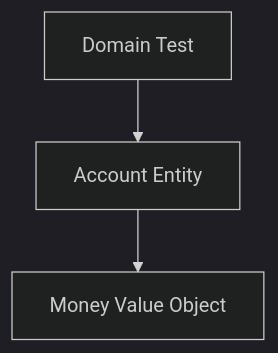
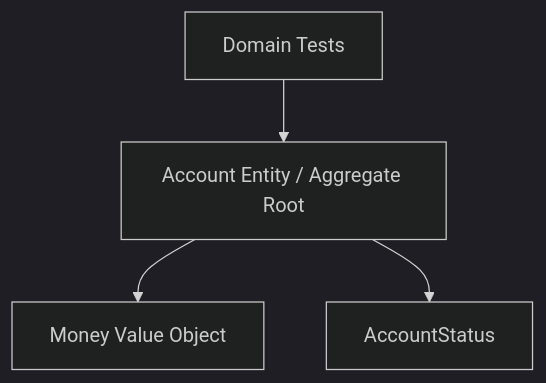
One commit to HuyNguyen-FinX/clean-architecture changed the diagram in clean-architecture-golang/labs/lab-01-simple-domain/README.md. Above: the diagram before and after it, drawn with Mermaid (dark theme). The commit also changed other lines of this file and 28 other files, not shown here.

First line of the commit message:
Refactor banking account domain to enforce business rules and protect invariants

````diff
--- a/clean-architecture-golang/labs/lab-01-simple-domain/README.md
+++ b/clean-architecture-golang/labs/lab-01-simple-domain/README.md
@@ -41,5 +26,6 @@
 ```mermaid
 flowchart TD
-    TEST["Domain Test"] --> ACCOUNT["Account Entity"]
+    TEST["Domain Tests"] --> ACCOUNT["Account Entity / Aggregate Root"]
     ACCOUNT --> MONEY["Money Value Object"]
+    ACCOUNT --> STATUS["AccountStatus"]
 ```
````
